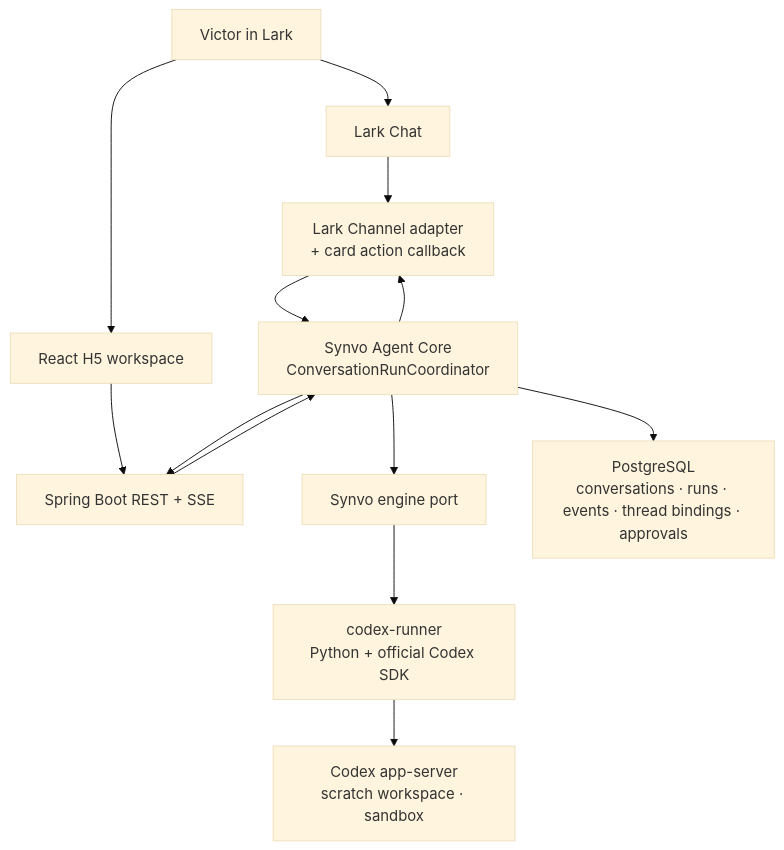
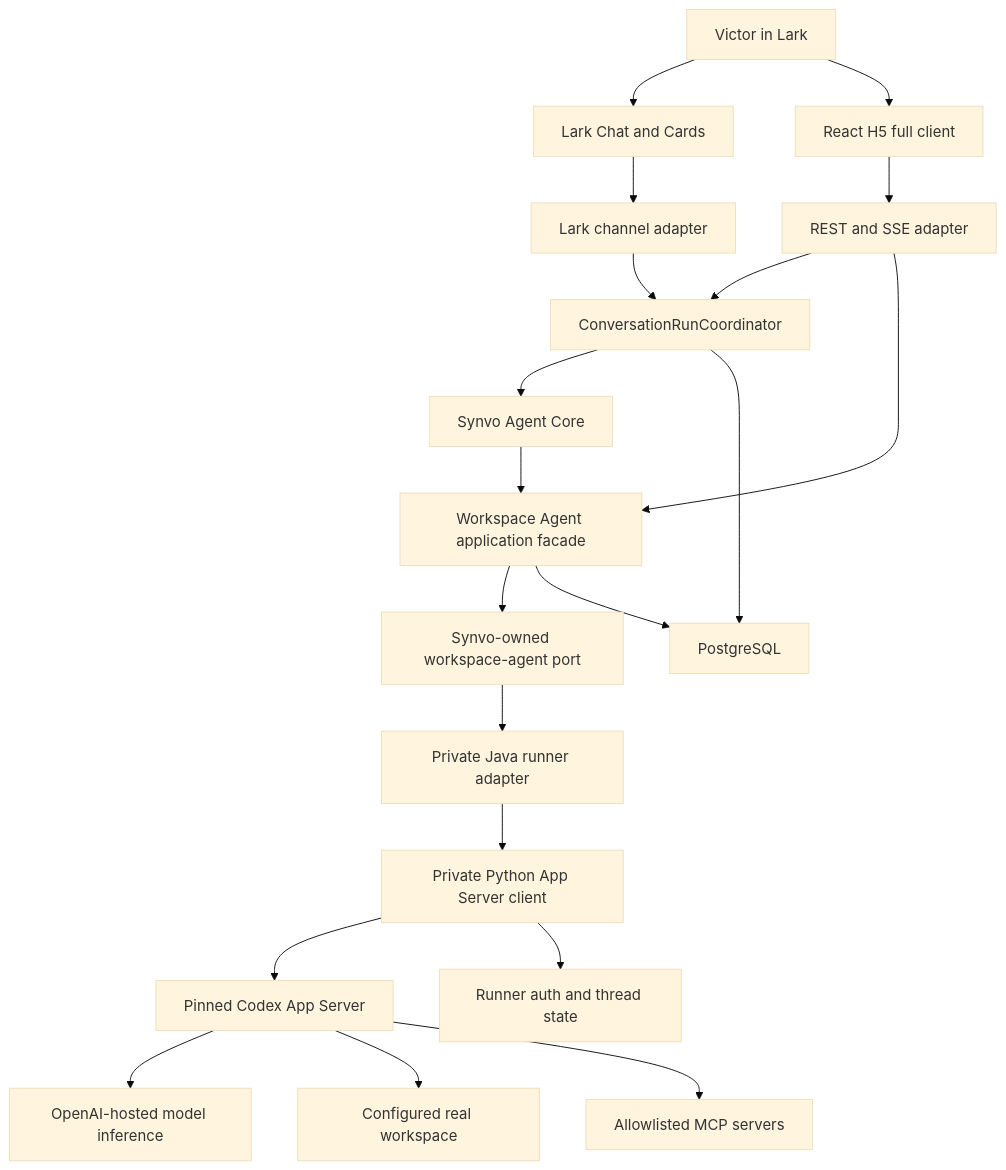
Before and after one commit to victorhwn7255/synvo-lark-v2: the diagram in docs/specs/phase-3-codex-in-lark.md, drawn with Mermaid (base theme). The commit also changed other lines of this file and 145 other files, not shown here.

Commit message:
- integrate Codex in Lark

````diff
--- a/docs/specs/phase-3-codex-in-lark.md
+++ b/docs/specs/phase-3-codex-in-lark.md
@@ -73,26 +265,40 @@
 ```mermaid
 flowchart TB
-    VICTOR["Victor in Lark"]
-    CHAT["Lark Chat"]
-    H5["React H5 workspace"]
-    API["Spring Boot REST + SSE"]
-    CHANNEL["Lark Channel adapter<br/>+ card action callback"]
-    CORE["Synvo Agent Core<br/>ConversationRunCoordinator"]
-    PORT["Synvo engine port"]
-    RUNNER["codex-runner<br/>Python + official Codex SDK"]
-    ENGINE["Codex app-server<br/>scratch workspace · sandbox"]
-    STATE["PostgreSQL<br/>conversations · runs · events · thread bindings · approvals"]
+    USER["Victor in Lark"]
+    CHAT["Lark Chat and Cards"]
+    H5["React H5 full client"]
+    CHANNEL["Lark channel adapter"]
+    API["REST and SSE adapter"]
+    CONV["ConversationRunCoordinator"]
+    TASKS["Workspace Agent application facade"]
+    CORE["Synvo Agent Core"]
+    PORT["Synvo-owned workspace-agent port"]
+    ADAPTER["Private Java runner adapter"]
+    RUNNER["Private Python App Server client"]
+    APPSERVER["Pinned Codex App Server"]
+    OPENAI["OpenAI-hosted model inference"]
+    WORKSPACE["Configured real workspace"]
+    MCP["Allowlisted MCP servers"]
+    STATE["Runner auth and thread state"]
+    DB["PostgreSQL"]
 
-    VICTOR --> CHAT
-    VICTOR --> H5
+    USER --> CHAT
+    USER --> H5
     CHAT --> CHANNEL
-    CHANNEL --> CORE
     H5 --> API
-    API --> CORE
-    CORE --> PORT
-    PORT --> RUNNER
-    RUNNER --> ENGINE
-    CORE --> STATE
-    CORE --> CHANNEL
-    CORE --> API
+    CHANNEL --> CONV
+    API --> CONV
+    API --> TASKS
+    CONV --> CORE
+    CORE --> TASKS
+    TASKS --> PORT
+    PORT --> ADAPTER
+    ADAPTER --> RUNNER
+    RUNNER --> APPSERVER
+    APPSERVER --> OPENAI
+    APPSERVER --> WORKSPACE
+    APPSERVER --> MCP
+    RUNNER --> STATE
+    CONV --> DB
+    TASKS --> DB
 ```
````
